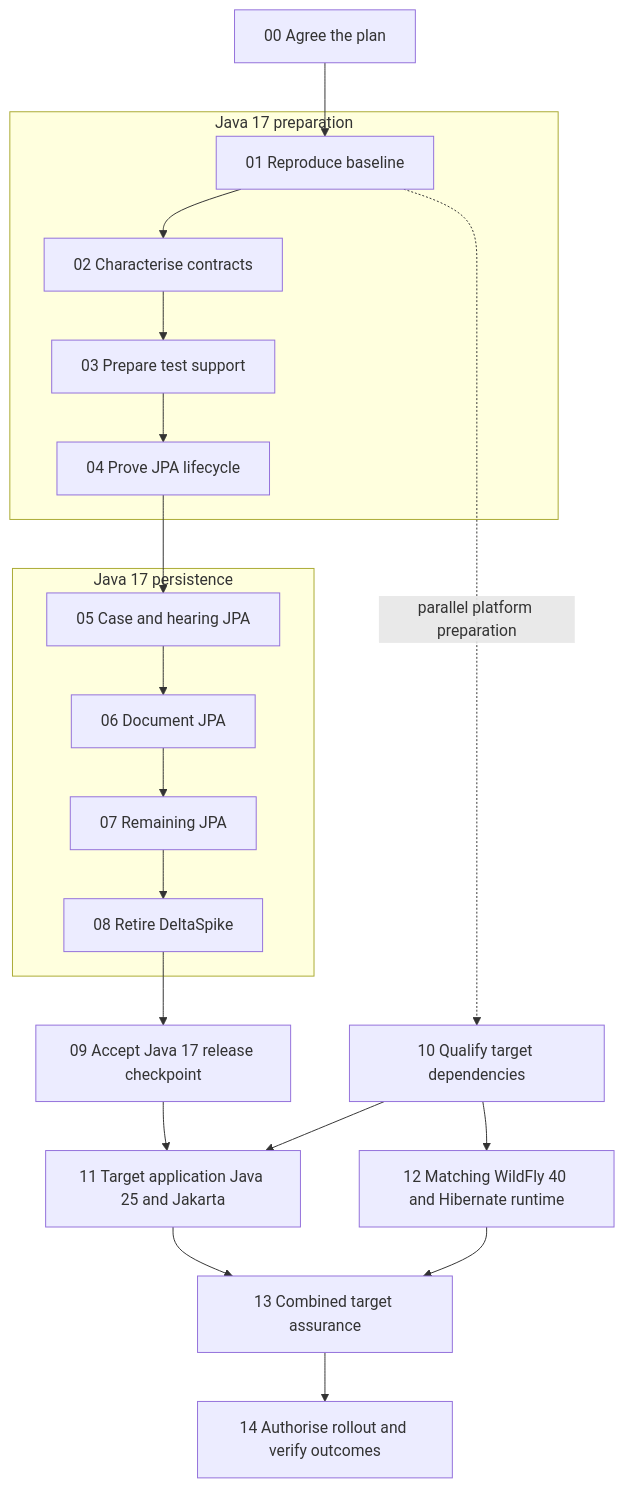
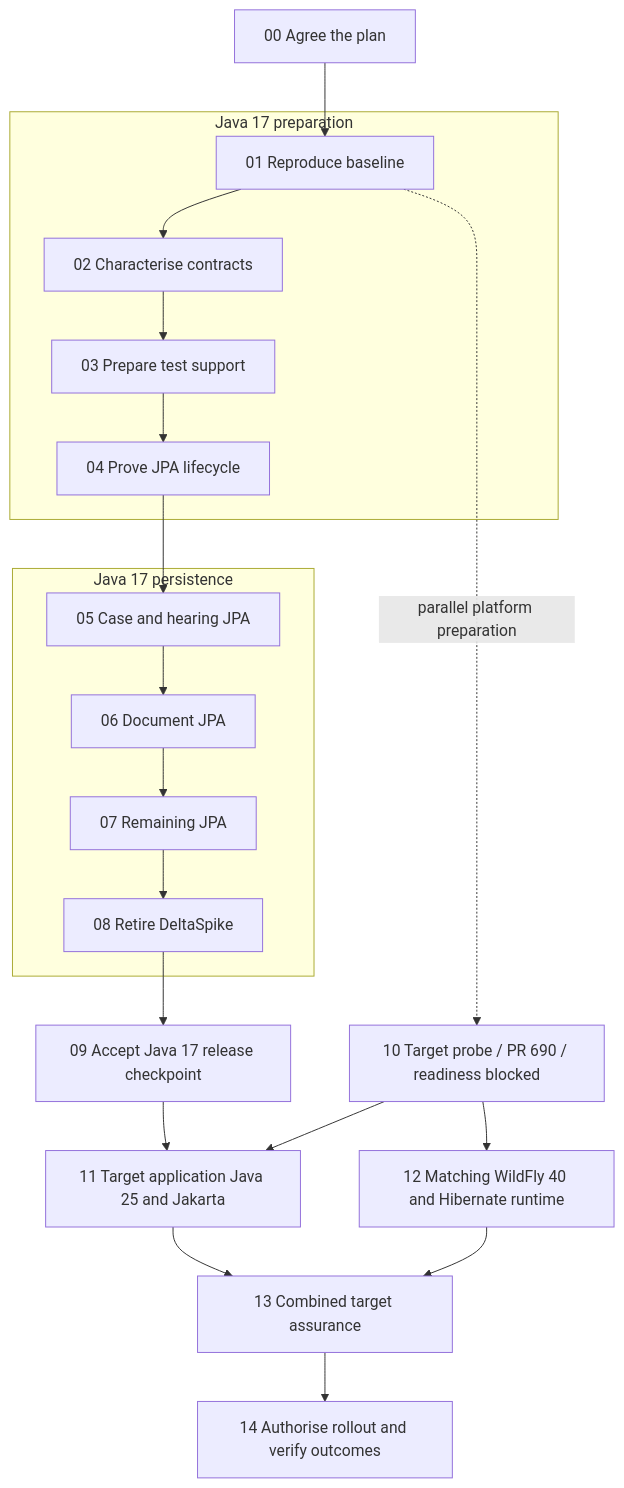
One commit to hmcts/cpp-context-progression changed the diagram in docs/java17-first-migration/roadmap.md. Above: the diagram before and after it, drawn with Mermaid. The commit also changed other lines of this file and 6 other files, not shown here.

Commit message:
docs: extend migration roadmap with executed Java 25 readiness gates

````diff
--- a/docs/java17-first-migration/roadmap.md
+++ b/docs/java17-first-migration/roadmap.md
@@ -5,19 +5,19 @@
 ```mermaid
 flowchart TB
     P00["00 Agree the plan"] --> S01
     subgraph J17A[Java 17 preparation]
       S01["01 Reproduce baseline"] --> S02["02 Characterise contracts"] --> S03["03 Prepare test support"] --> S04["04 Prove JPA lifecycle"]
     end
     subgraph J17B[Java 17 persistence]
       S05["05 Case and hearing JPA"] --> S06["06 Document JPA"] --> S07["07 Remaining JPA"] --> S08["08 Retire DeltaSpike"]
     end
     S04 --> S05
     S08 --> S09["09 Accept Java 17 release checkpoint"]
-    S01 -. parallel platform preparation .-> S10["10 Qualify target dependencies"]
+    S01 -. parallel platform preparation .-> S10["10 Target probe / PR 690 / readiness blocked"]
     S09 --> S11["11 Target application Java 25 and Jakarta"]
     S10 --> S11
     S10 --> S12["12 Matching WildFly 40 and Hibernate runtime"]
     S11 --> S13["13 Combined target assurance"]
     S12 --> S13
     S13 --> S14["14 Authorise rollout and verify outcomes"]
 ```
````
